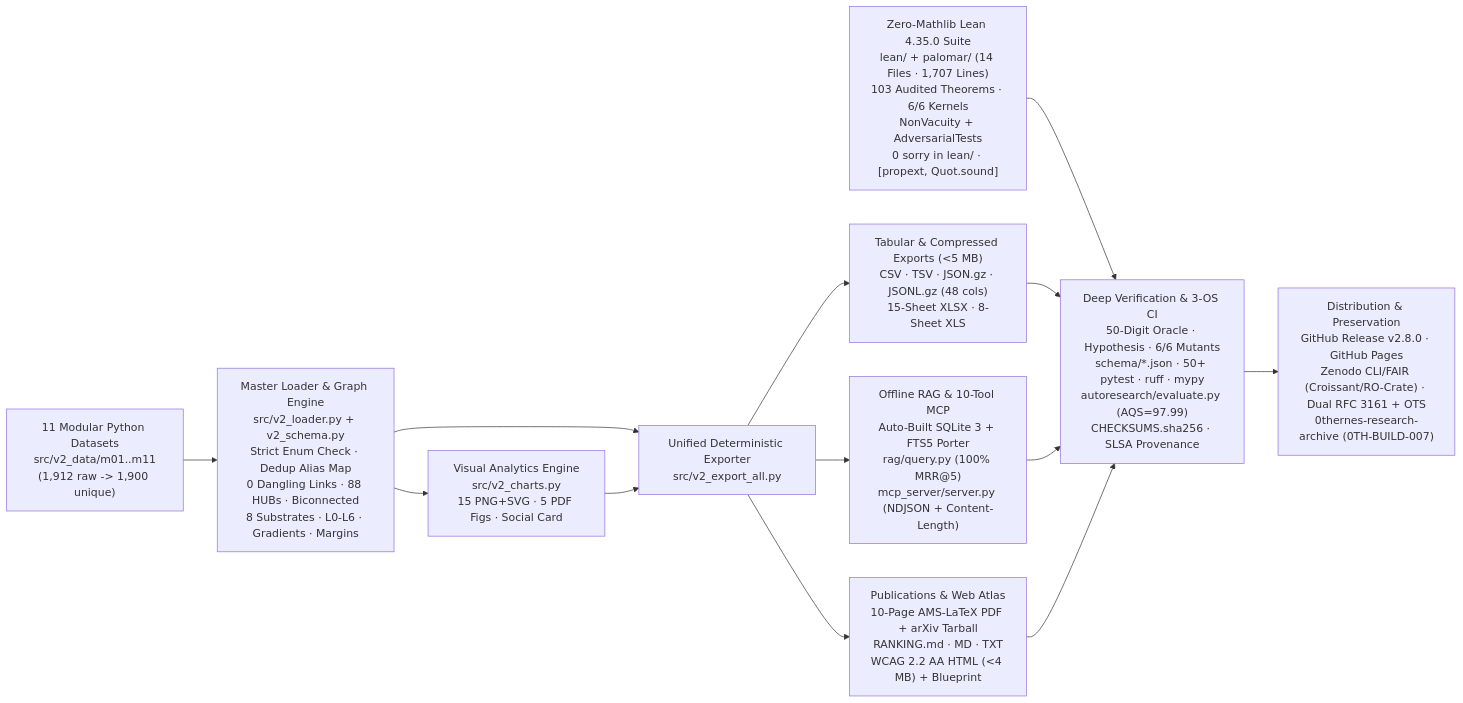
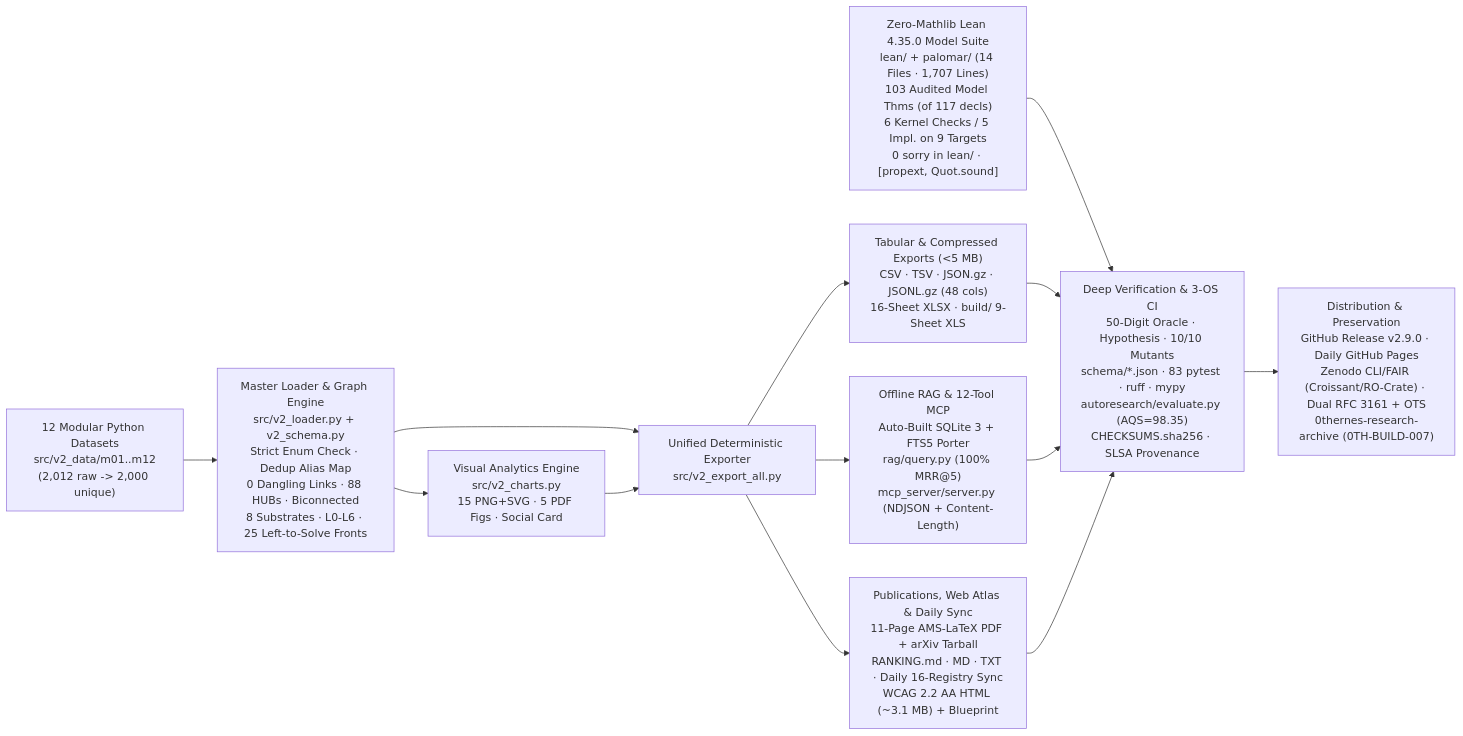
The diagram in ARCHITECTURE.md (0thernes/unsolved-problems-mega-atlas), drawn with Mermaid before and after one commit. The commit also changed other lines of this file and 145 other files, not shown here.

Commit message:
feat(v2.9.0): 2,000-problem Left to Solve 25-front integration, daily 16-registry sync & Round 6 anti-LARP hardening

````diff
--- a/ARCHITECTURE.md
+++ b/ARCHITECTURE.md
@@ -5,15 +5,15 @@
 ```mermaid
 flowchart LR
-    A["11 Modular Python Datasets\nsrc/v2_data/m01..m11\n(1,912 raw -> 1,900 unique)"] --> B["Master Loader & Graph Engine\nsrc/v2_loader.py + v2_schema.py\nStrict Enum Check · Dedup Alias Map\n0 Dangling Links · 88 HUBs · Biconnected\n8 Substrates · L0-L6 · Gradients · Margins"]
+    A["12 Modular Python Datasets\nsrc/v2_data/m01..m12\n(2,012 raw -> 2,000 unique)"] --> B["Master Loader & Graph Engine\nsrc/v2_loader.py + v2_schema.py\nStrict Enum Check · Dedup Alias Map\n0 Dangling Links · 88 HUBs · Biconnected\n8 Substrates · L0-L6 · 25 Left-to-Solve Fronts"]
     B --> C["Visual Analytics Engine\nsrc/v2_charts.py\n15 PNG+SVG · 5 PDF Figs · Social Card"]
     B --> D["Unified Deterministic Exporter\nsrc/v2_export_all.py"]
     C --> D
-    D --> E1["Tabular & Compressed Exports (<5 MB)\nCSV · TSV · JSON.gz · JSONL.gz (48 cols)\n15-Sheet XLSX · 8-Sheet XLS"]
-    D --> E2["Offline RAG & 10-Tool MCP\nAuto-Built SQLite 3 + FTS5 Porter\nrag/query.py (100% MRR@5)\nmcp_server/server.py (NDJSON + Content-Length)"]
-    D --> E3["Publications & Web Atlas\n10-Page AMS-LaTeX PDF + arXiv Tarball\nRANKING.md · MD · TXT\nWCAG 2.2 AA HTML (<4 MB) + Blueprint"]
-    F["Zero-Mathlib Lean 4.35.0 Suite\nlean/ + palomar/ (14 Files · 1,707 Lines)\n103 Audited Theorems · 6/6 Kernels\nNonVacuity + AdversarialTests\n0 sorry in lean/ · [propext, Quot.sound]"] --> G["Deep Verification & 3-OS CI\n50-Digit Oracle · Hypothesis · 6/6 Mutants\nschema/*.json · 50+ pytest · ruff · mypy\nautoresearch/evaluate.py (AQS=97.99)\nCHECKSUMS.sha256 · SLSA Provenance"]
+    D --> E1["Tabular & Compressed Exports (<5 MB)\nCSV · TSV · JSON.gz · JSONL.gz (48 cols)\n16-Sheet XLSX · build/ 9-Sheet XLS"]
+    D --> E2["Offline RAG & 12-Tool MCP\nAuto-Built SQLite 3 + FTS5 Porter\nrag/query.py (100% MRR@5)\nmcp_server/server.py (NDJSON + Content-Length)"]
+    D --> E3["Publications, Web Atlas & Daily Sync\n11-Page AMS-LaTeX PDF + arXiv Tarball\nRANKING.md · MD · TXT · Daily 16-Registry Sync\nWCAG 2.2 AA HTML (~3.1 MB) + Blueprint"]
+    F["Zero-Mathlib Lean 4.35.0 Model Suite\nlean/ + palomar/ (14 Files · 1,707 Lines)\n103 Audited Model Thms (of 117 decls)\n6 Kernel Checks / 5 Impl. on 9 Targets\n0 sorry in lean/ · [propext, Quot.sound]"] --> G["Deep Verification & 3-OS CI\n50-Digit Oracle · Hypothesis · 10/10 Mutants\nschema/*.json · 83 pytest · ruff · mypy\nautoresearch/evaluate.py (AQS=98.35)\nCHECKSUMS.sha256 · SLSA Provenance"]
     E1 --> G
     E2 --> G
     E3 --> G
-    G --> H["Distribution & Preservation\nGitHub Release v2.8.0 · GitHub Pages\nZenodo CLI/FAIR (Croissant/RO-Crate) · Dual RFC 3161 + OTS\n0thernes-research-archive (0TH-BUILD-007)"]
+    G --> H["Distribution & Preservation\nGitHub Release v2.9.0 · Daily GitHub Pages\nZenodo CLI/FAIR (Croissant/RO-Crate) · Dual RFC 3161 + OTS\n0thernes-research-archive (0TH-BUILD-007)"]
 ```
````
